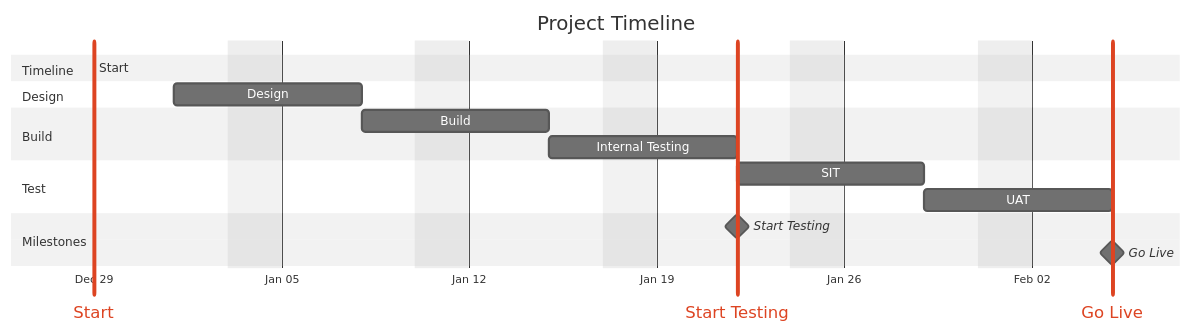
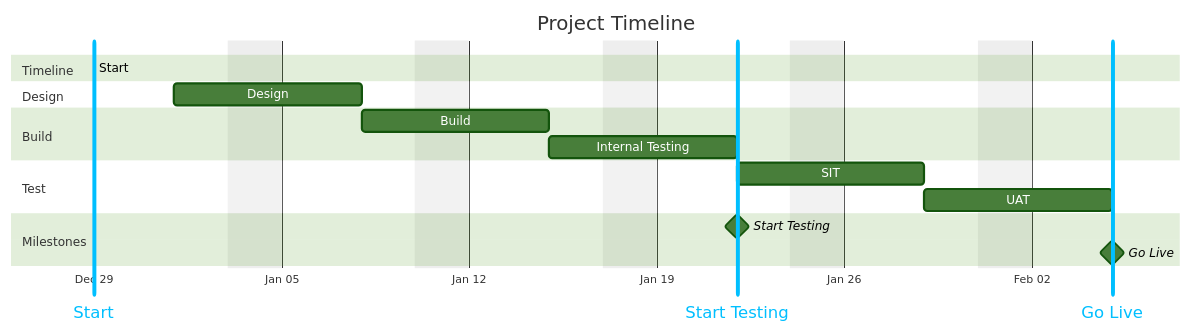
The diagram in mermaid/grantt/mermaid-grantt-example.mmd (tvinai/diagram101), drawn with Mermaid before and after one commit.

Commit message:
change theme

```diff
--- a/mermaid/grantt/mermaid-grantt-example.mmd
+++ b/mermaid/grantt/mermaid-grantt-example.mmd
@@ -1,34 +1,34 @@
 ---
 config:
-  theme: neutral
+  theme: forest
 ---
 gantt
   title Project Timeline
   dateFormat  YYYY-MM-DD
   axisFormat  %b %d
   tickInterval 1week
   todayMarker off
   excludes weekends
   weekday monday
 
   section Timeline
   Start :task0, 2025-12-29, 0d
 
   section Design
   Design  :task1, 2026-01-01, 5d
   
   section Build
   Build :task2, after task1, 5d
   Internal Testing :task3, after task2, 5d
     
   section Test
   SIT :task4, after task3, 5d
   UAT :task5, after task4, 5d
 
   section Milestones
   Start Testing :milestone, milestone1, after task3, 0d
   Go Live :milestone, milestone2, after task5, 0d
 
   Start :vert, v0, 2025-12-29, 1d
   Start Testing :vert, v1, after task3, 1d
   Go Live :vert, v2, after task5, 1d
```
